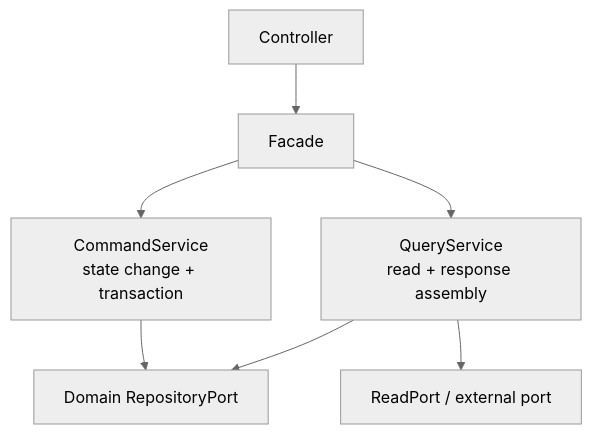
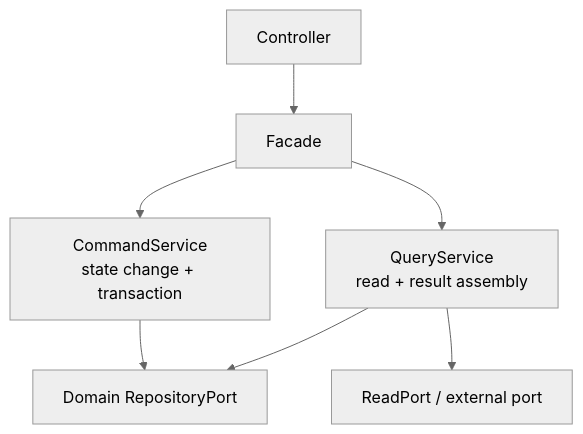
One commit to TEAM-BEAT/BEAT-SERVER changed the fourth of 6 diagrams in admin/README.md. Above: the diagram before and after it, drawn with Mermaid (neutral theme). The commit also changed other lines of this file and 35 other files, not shown here.

````diff
--- a/admin/README.md
+++ b/admin/README.md
@@ -337,16 +342,16 @@
 ```mermaid
 flowchart TB
     Controller[Controller]
     Facade[Facade]
     Command[CommandService<br/>state change + transaction]
-    Query[QueryService<br/>read + response assembly]
+    Query[QueryService<br/>read + result assembly]
     DomainRepo[Domain RepositoryPort]
     ReadPort[ReadPort / external port]
 
     Controller --> Facade
     Facade --> Command
     Facade --> Query
     Command --> DomainRepo
     Query --> DomainRepo
     Query --> ReadPort
 ```
````
